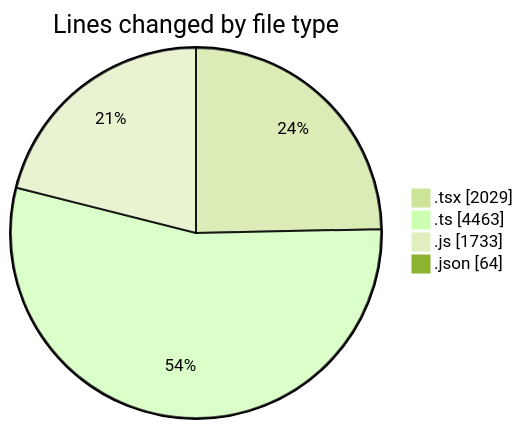
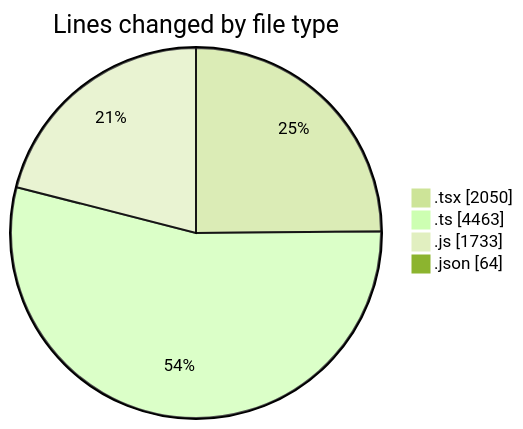
The first of 2 diagrams in 2026-07-30/cda/README.md (momahboobian/code-tracking), drawn with Mermaid (forest theme) before and after one commit. The commit also changed other lines of this file and 1 other file, not shown here.

````diff
--- a/2026-07-30/cda/README.md
+++ b/2026-07-30/cda/README.md
@@ -47,8 +47,8 @@
 ```mermaid
 pie showData
 title Lines changed by file type
-".tsx" : 2029
+".tsx" : 2050
 ".ts" : 4463
 ".js" : 1733
 ".json" : 64
 ```
````
